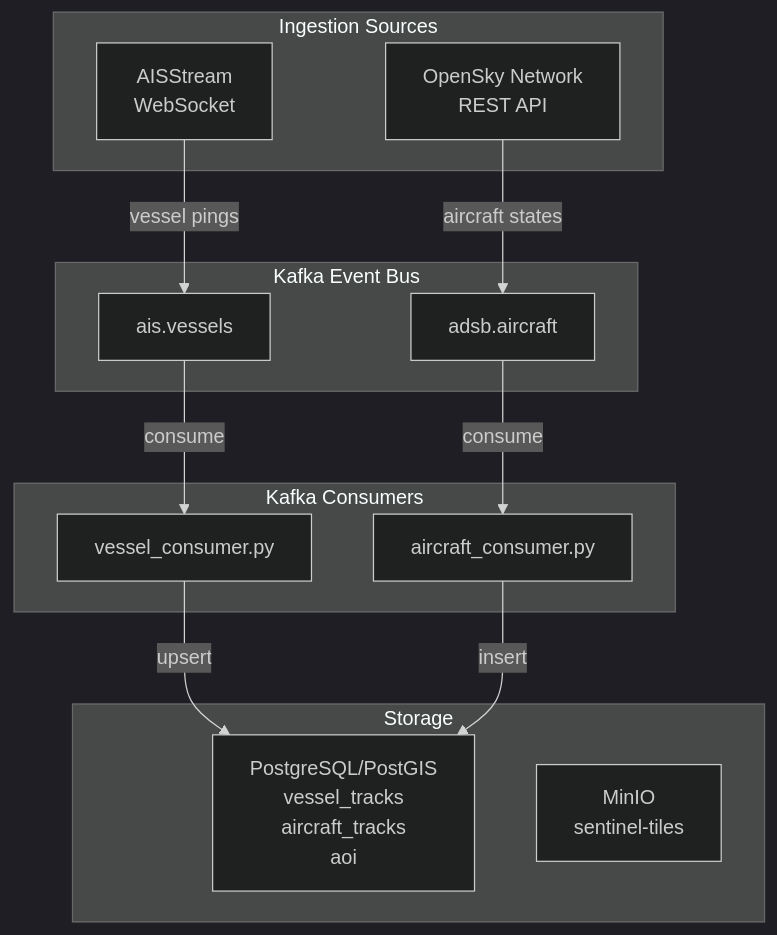
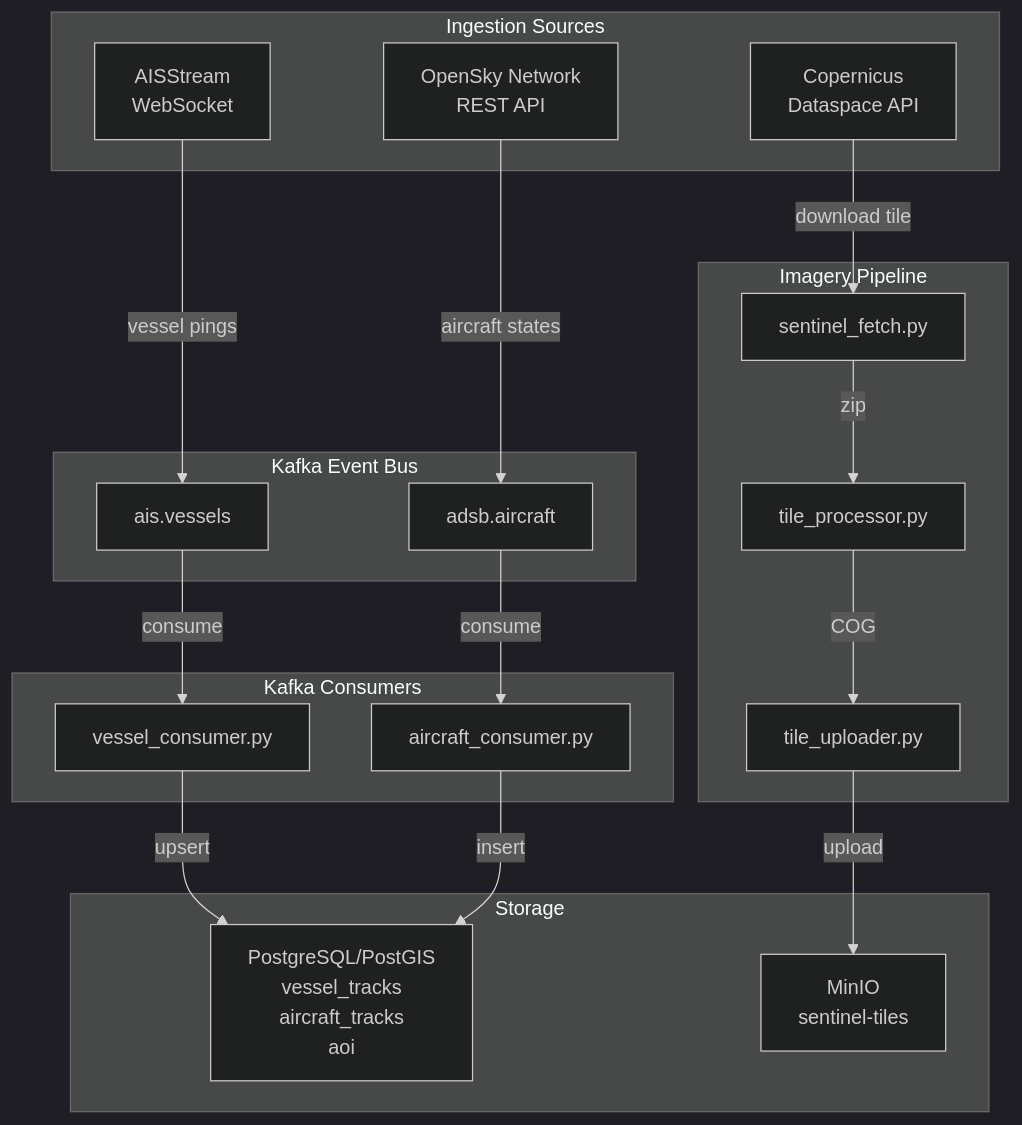
Before and after one commit to cristi4nhdz/geospatial-activity-pipeline: the diagram in README.md, drawn with Mermaid (dark theme). The commit also changed other lines of this file, not shown here.

Commit message:
docs: update README, Sentinel-2 imagery pipeline, updated architecture

````diff
--- a/README.md
+++ b/README.md
@@ -29,29 +29,40 @@
 ```mermaid
 flowchart TD
     subgraph Sources["Ingestion Sources"]
         AIS["AISStream\nWebSocket"]
         OpenSky["OpenSky Network\nREST API"]
+        Copernicus["Copernicus\nDataspace API"]
     end
 
     subgraph Kafka["Kafka Event Bus"]
         K1["ais.vessels"]
         K2["adsb.aircraft"]
     end
 
     subgraph Consumers["Kafka Consumers"]
         C1["vessel_consumer.py"]
         C2["aircraft_consumer.py"]
+    end
+
+    subgraph Imagery["Imagery Pipeline"]
+        F["sentinel_fetch.py"]
+        P["tile_processor.py"]
+        U["tile_uploader.py"]
     end
 
     subgraph Storage["Storage"]
         PG["PostgreSQL/PostGIS\nvessel_tracks\naircraft_tracks\naoi"]
         MN["MinIO\nsentinel-tiles"]
     end
 
     AIS -->|vessel pings| K1
     OpenSky -->|aircraft states| K2
     K1 -->|consume| C1
     K2 -->|consume| C2
     C1 -->|upsert| PG
     C2 -->|insert| PG
+    Copernicus -->|download tile| F
+    F -->|zip| P
+    P -->|COG| U
+    U -->|upload| MN
 ```
````
